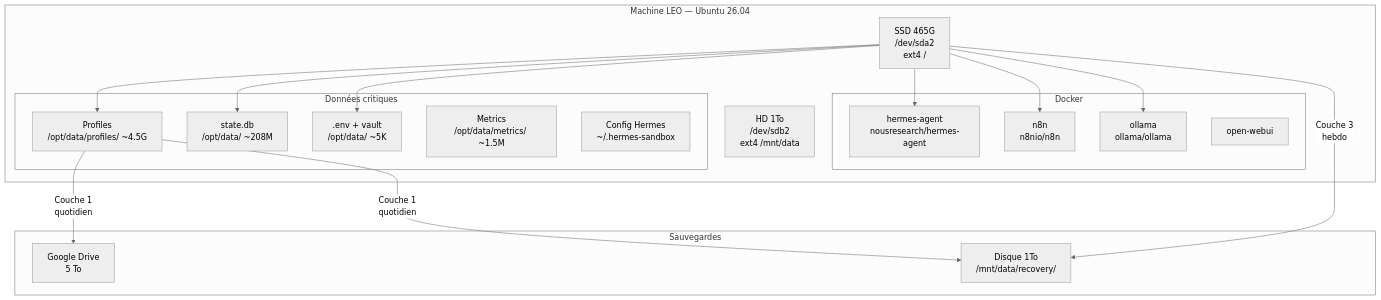
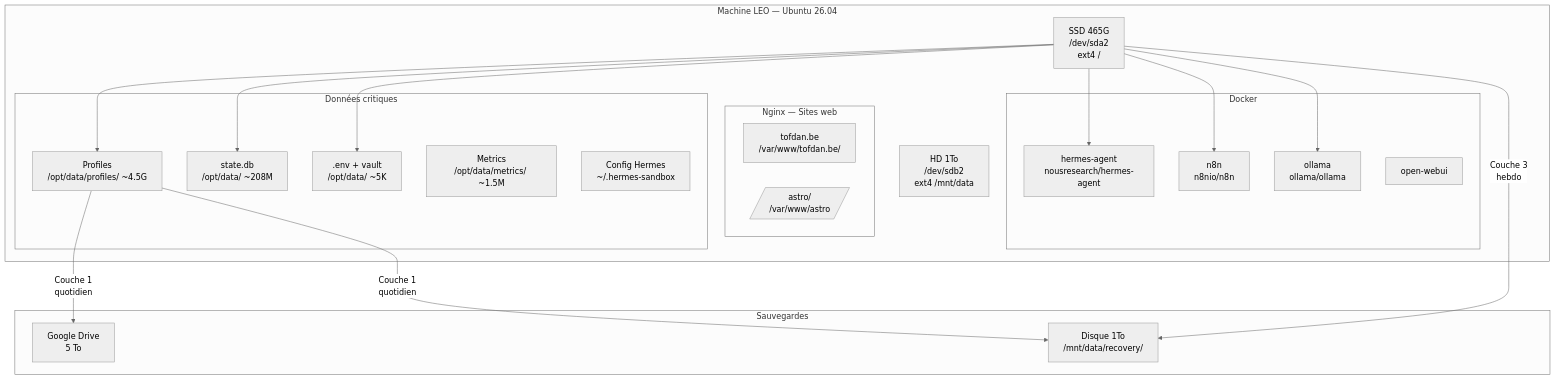
The first of 3 diagrams in docs/wiki/agent-pro/bureau-michel/pra-leo-recovery-20260629.md (christophedanhier-hash/BAVI_LEO), drawn with Mermaid (neutral theme) before and after one commit. The commit also changed other lines of this file and 9 other files, not shown here.

````diff
--- a/docs/wiki/agent-pro/bureau-michel/pra-leo-recovery-20260629.md
+++ b/docs/wiki/agent-pro/bureau-michel/pra-leo-recovery-20260629.md
@@ -36,38 +36,43 @@
 ```mermaid
 graph TB
     subgraph "Machine LEO — Ubuntu 26.04"
         SSD[SSD 465G<br/>/dev/sda2<br/>ext4 /]
         HD[HD 1To<br/>/dev/sdb2<br/>ext4 /mnt/data]
 
         subgraph "Docker"
             HERMES[hermes-agent<br/>nousresearch/hermes-agent]
             N8N[n8n<br/>n8nio/n8n]
             OLLAMA[ollama<br/>ollama/ollama]
             WEBUI[open-webui]
+        end
+
+        subgraph "Nginx — Sites web"
+            TOFDAN[tofdan.be<br/>/var/www/tofdan.be/]
+            ASTRO[/astro/<br/>/var/www/astro/]
         end
 
         subgraph "Données critiques"
             PROFILES[Profiles<br/>/opt/data/profiles/ ~4.5G]
             STATE[state.db<br/>/opt/data/ ~208M]
             SECRETS[.env + vault<br/>/opt/data/ ~5K]
             METRICS[Metrics<br/>/opt/data/metrics/ ~1.5M]
             HCONFIG[Config Hermes<br/>~/.hermes-sandbox]
         end
 
         SSD --> HERMES
         SSD --> N8N
         SSD --> OLLAMA
         SSD --> PROFILES
         SSD --> STATE
         SSD --> SECRETS
     end
 
     subgraph "Sauvegardes"
         GDRIVE[Google Drive<br/>5 To]
         DISQUE1T[Disque 1To<br/>/mnt/data/recovery/]
     end
 
     PROFILES -->|Couche 1<br/>quotidien| GDRIVE
     PROFILES -->|Couche 1<br/>quotidien| DISQUE1T
     SSD -->|Couche 3<br/>hebdo| DISQUE1T
 ```
````
